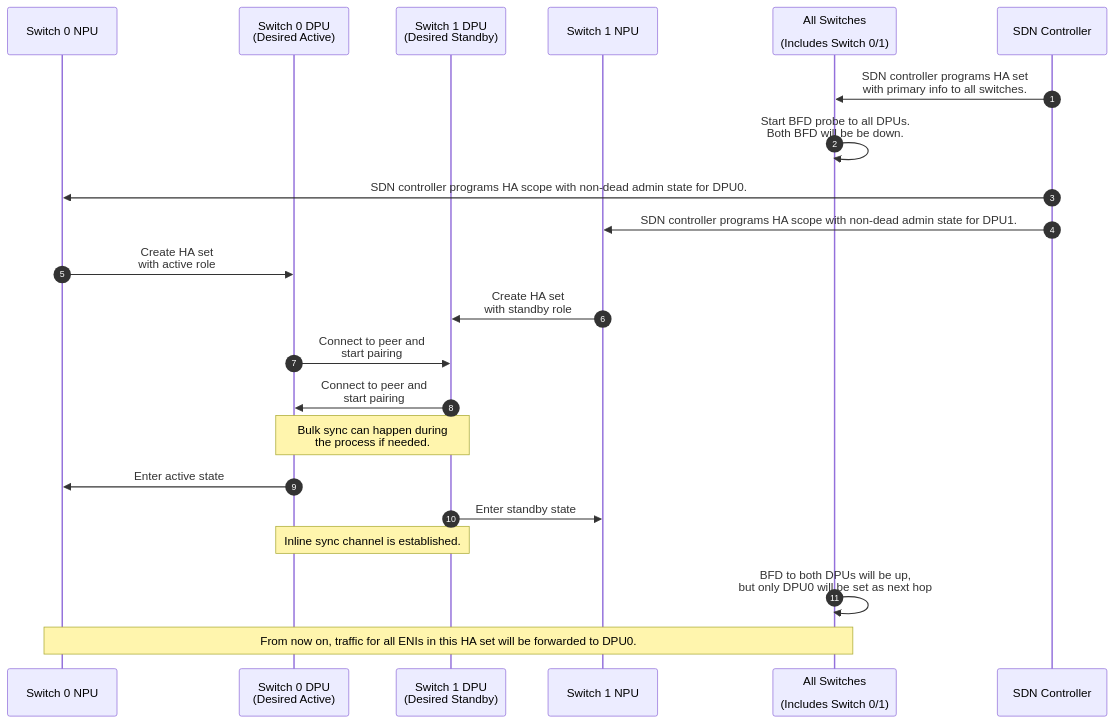
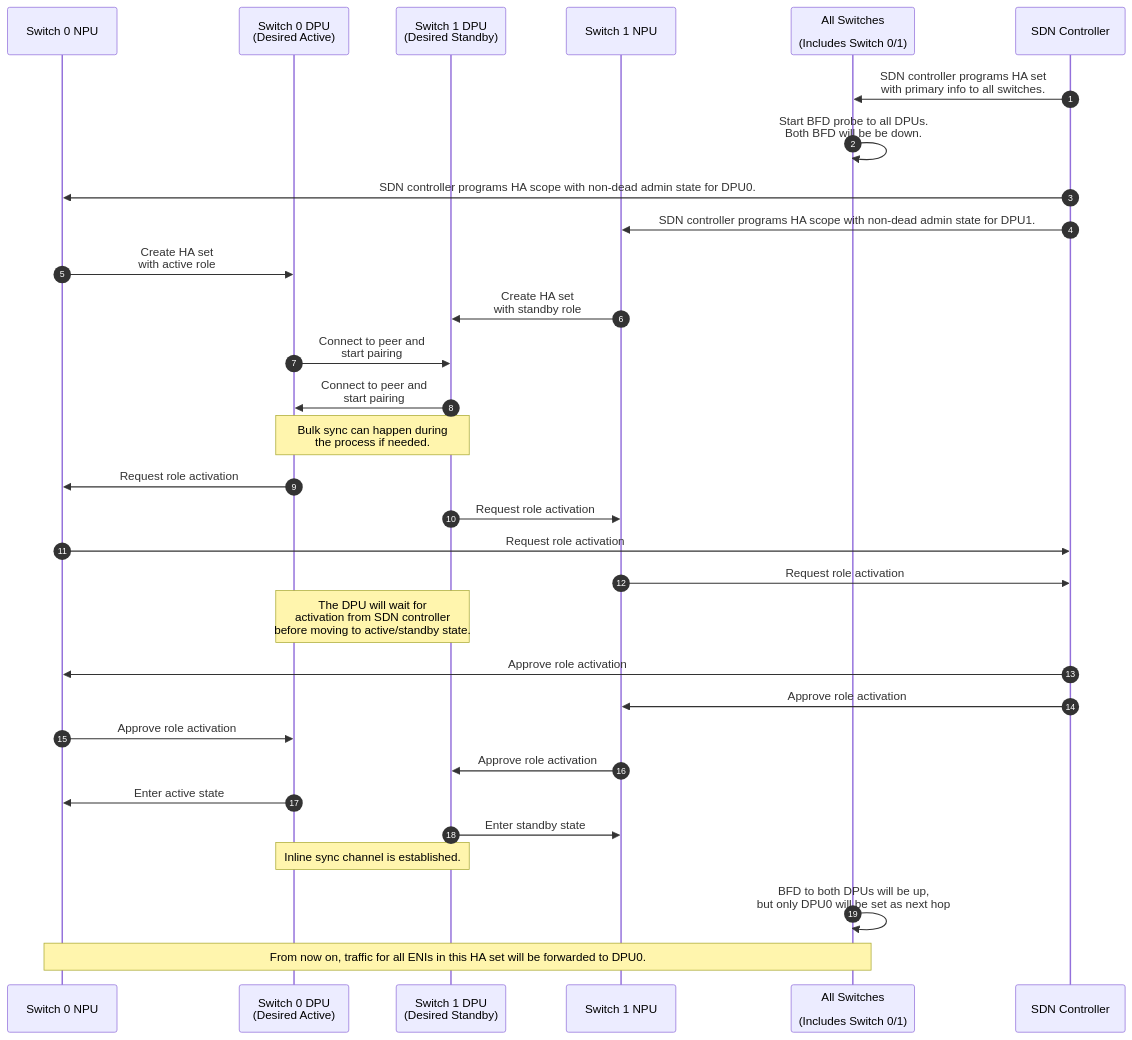
Before and after one commit to sonic-net/SONiC: the first of 4 diagrams in doc/smart-switch/high-availability/smart-switch-ha-dpu-scope-dpu-driven-setup.md, drawn with Mermaid. The commit also changed other lines of this file and 1 other file, not shown here.

Commit message:
Improve HA state, activate role and fix the BFD responder workflow for DPU-driven HA.

````diff
--- a/doc/smart-switch/high-availability/smart-switch-ha-dpu-scope-dpu-driven-setup.md
+++ b/doc/smart-switch/high-availability/smart-switch-ha-dpu-scope-dpu-driven-setup.md
@@ -201,31 +208,42 @@
 ```mermaid
 sequenceDiagram
    autonumber
 
    participant S0N as Switch 0 NPU
    participant S0D as Switch 0 DPU<br>(Desired Active)
    participant S1D as Switch 1 DPU<br>(Desired Standby)
    participant S1N as Switch 1 NPU
    participant SA as All Switches<br><br>(Includes Switch 0/1)
    participant SDN as SDN Controller
 
    SDN->>SA: SDN controller programs HA set<br>with primary info to all switches.
    SA->>SA: Start BFD probe to all DPUs.<br>Both BFD will be be down.
 
    SDN->>S0N: SDN controller programs HA scope with non-dead admin state for DPU0.
    SDN->>S1N: SDN controller programs HA scope with non-dead admin state for DPU1.
 
    S0N->>S0D: Create HA set<br>with active role
    S1N->>S1D: Create HA set<br>with standby role
 
    S0D->>S1D: Connect to peer and<br>start pairing
    S1D->>S0D: Connect to peer and<br>start pairing
    Note over S0D,S1D: Bulk sync can happen during<br>the process if needed.
 
+   S0D->>S0N: Request role activation
+   S1D->>S1N: Request role activation
+   S0N->>SDN: Request role activation
+   S1N->>SDN: Request role activation
+   Note over S0D,S1D: The DPU will wait for<br>activation from SDN controller<br>before moving to active/standby state.
+
+   SDN->>S0N: Approve role activation
+   SDN->>S1N: Approve role activation
+   S0N->>S0D: Approve role activation
+   S1N->>S1D: Approve role activation
+
    S0D->>S0N: Enter active state
    S1D->>S1N: Enter standby state
    Note over S0D,S1D: Inline sync channel is established.
 
    SA->>SA: BFD to both DPUs will be up,<br>but only DPU0 will be set as next hop
    Note over S0N,SA: From now on, traffic for all ENIs in this HA set will be forwarded to DPU0.
 ```
````
